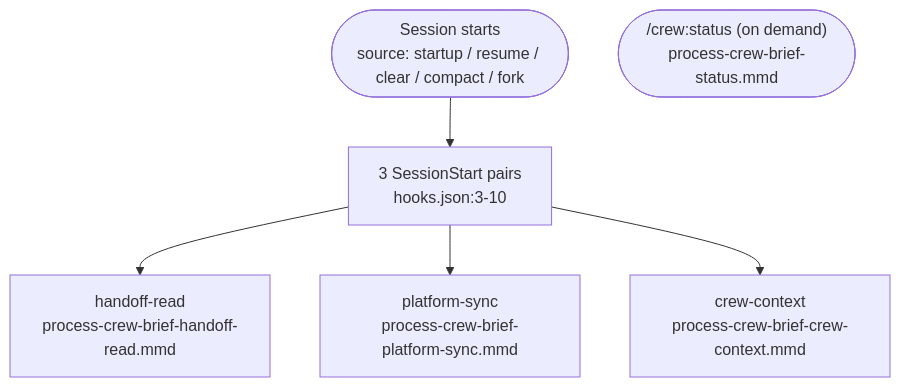
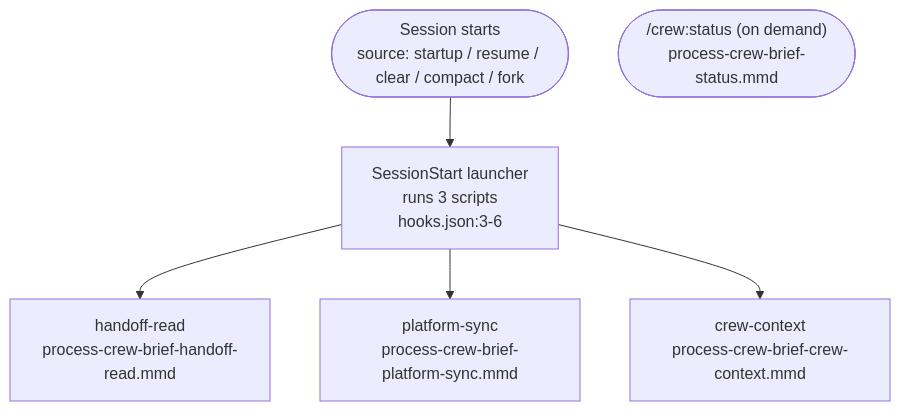
Before and after one commit to mbadali25/useful-claude-add-ons: diagram 26 of 38 in docs/diagrams/README.md, drawn with Mermaid. The commit also changed other lines of this file and 16 other files, not shown here.

Commit message:
L-0850: ADR 0009, hook docs, guides, diagram line references (pre-version)

````diff
--- a/docs/diagrams/README.md
+++ b/docs/diagrams/README.md
@@ -1013,11 +1013,11 @@
 ```mermaid
 flowchart TB
     start([Session starts<br/>source: startup / resume / clear / compact / fork])
-    start --> reg["3 SessionStart pairs<br/>hooks.json:3-10"]
+    start --> reg["SessionStart launcher<br/>runs 3 scripts<br/>hooks.json:3-6"]
 
     reg --> HR["handoff-read<br/>process-crew-brief-handoff-read.mmd"]
     reg --> PS["platform-sync<br/>process-crew-brief-platform-sync.mmd"]
     reg --> CC["crew-context<br/>process-crew-brief-crew-context.mmd"]
 
     status(["/crew:status (on demand)<br/>process-crew-brief-status.mmd"])
 ```
````
